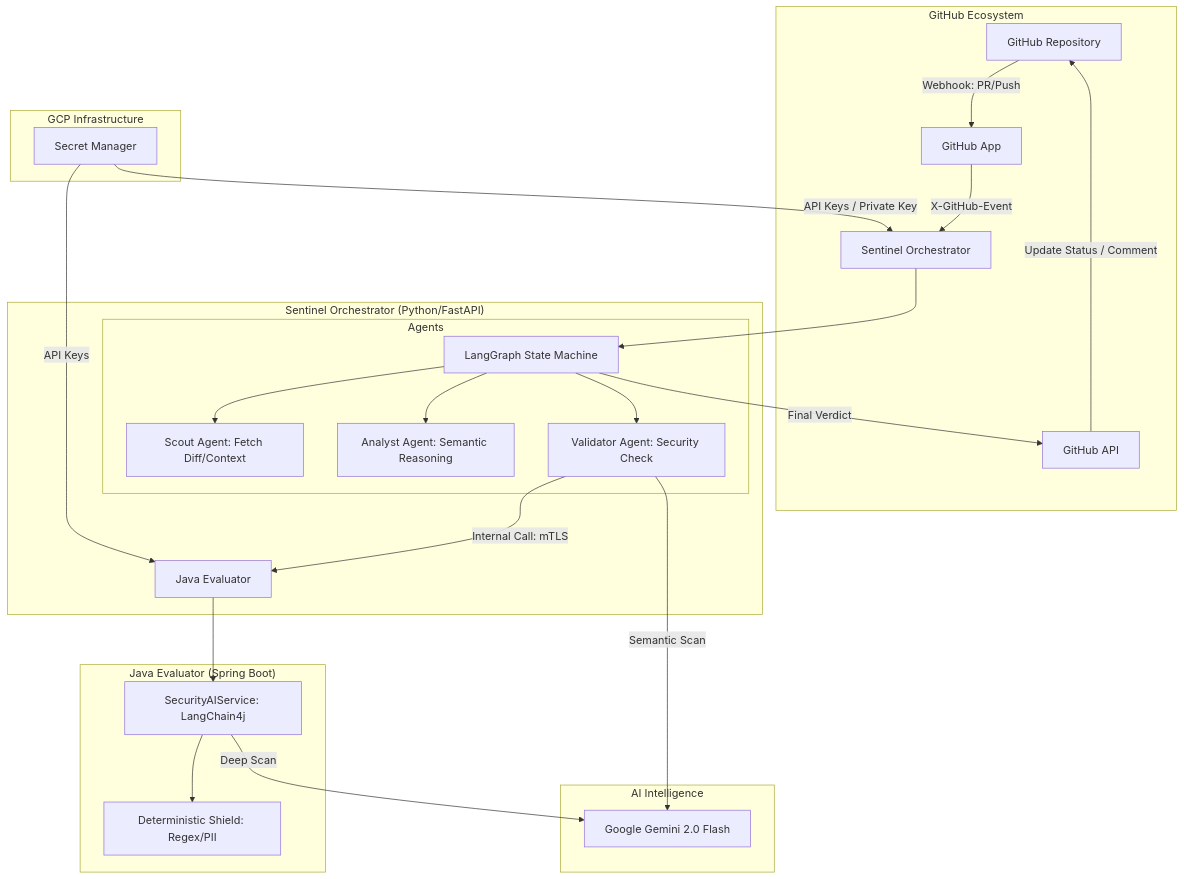
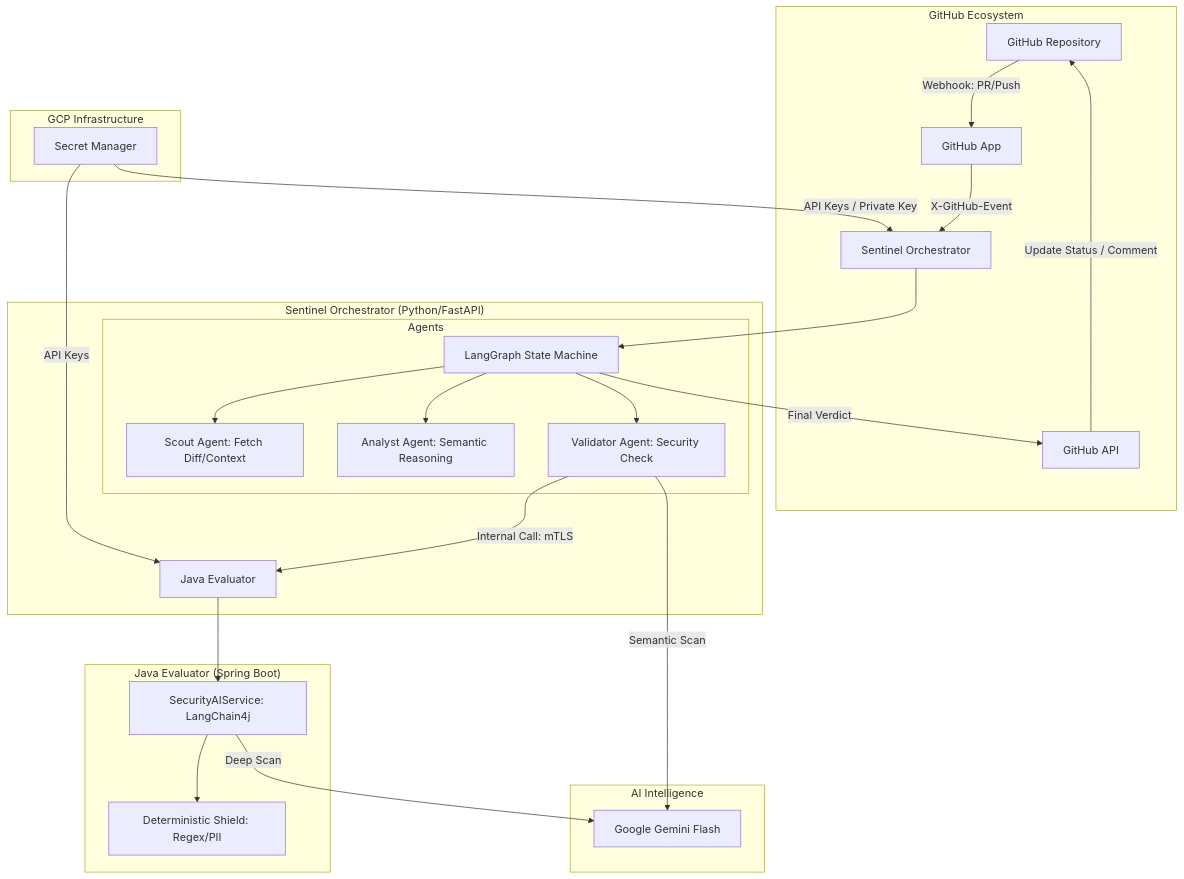
Before and after one commit to tbrom/pr-compliance-agent: the diagram in README.md, drawn with Mermaid. The commit also changed other lines of this file, not shown here.

Commit message:
docs: Correct Gemini model version references

````diff
--- a/README.md
+++ b/README.md
@@ -11,34 +11,34 @@
 ```mermaid
 graph TB
     subgraph "GitHub Ecosystem"
         A[GitHub Repository] -- Webhook: PR/Push --> B[GitHub App]
         B -- X-GitHub-Event --> C[Sentinel Orchestrator]
         K[GitHub API] -- Update Status / Comment --> A
     end
 
     subgraph "Sentinel Orchestrator (Python/FastAPI)"
         C --> D[LangGraph State Machine]
         subgraph "Agents"
             D --> E[Scout Agent: Fetch Diff/Context]
             D --> F[Analyst Agent: Semantic Reasoning]
             D --> G[Validator Agent: Security Check]
         end
         G -- Internal Call: mTLS --> H[Java Evaluator]
         D -- Final Verdict --> K
     end
 
     subgraph "Java Evaluator (Spring Boot)"
         H --> I[SecurityAIService: LangChain4j]
         I --> J[Deterministic Shield: Regex/PII]
     end
 
     subgraph "AI Intelligence"
-        G -- Semantic Scan --> L[Google Gemini 2.0 Flash]
+        G -- Semantic Scan --> L[Google Gemini Flash]
         I -- Deep Scan --> L
     end
 
     subgraph "GCP Infrastructure"
         M[Secret Manager] -- API Keys / Private Key --> C
         M -- API Keys --> H
     end
 ```
````
